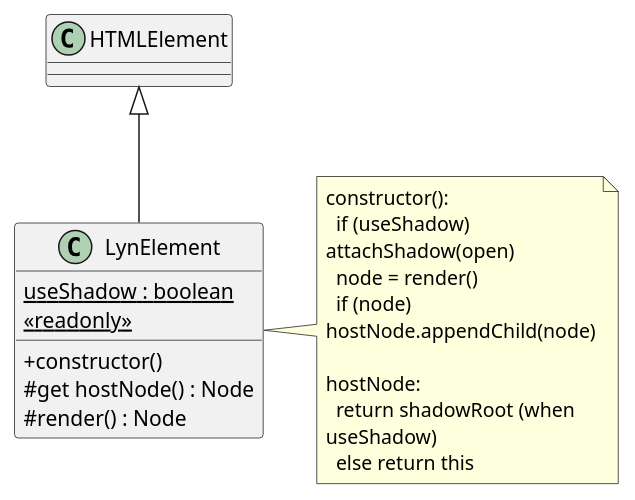
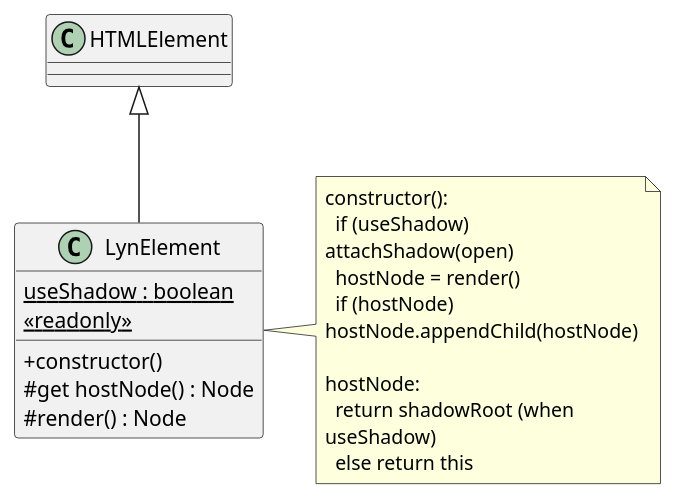
One commit to lynjs-dev/lynjs changed the diagram in docs/src/content/_drafts/blog/2025.09.14-01.lynelement.ko.md. Above: the diagram before and after it, drawn with PlantUML. The commit also changed other lines of this file and 28 other files, not shown here.

````diff
--- a/docs/src/content/_drafts/blog/2025.09.14-01.lynelement.ko.md
+++ b/docs/src/content/_drafts/blog/2025.09.14-01.lynelement.ko.md
@@ -61,29 +61,29 @@
 ```plantuml
 @startuml
 skinparam shadowing false
 skinparam classAttributeIconSize 0
 skinparam wrapWidth 200
 
 class HTMLElement
 
 class LynElement {
   {static} useShadow : boolean <<readonly>>
   +{method} constructor()
   #{method} get hostNode() : Node
   #{method} render() : Node
 }
 
 HTMLElement <|-- LynElement
 
 note right of LynElement
 constructor():
   if (useShadow) attachShadow(open)
-  node = render()
-  if (node) hostNode.appendChild(node)
+  hostNode = render()
+  if (hostNode) hostNode.appendChild(hostNode)
 
 hostNode:
   return shadowRoot (when useShadow)
   else return this
 end note
 @enduml
 ```
````
